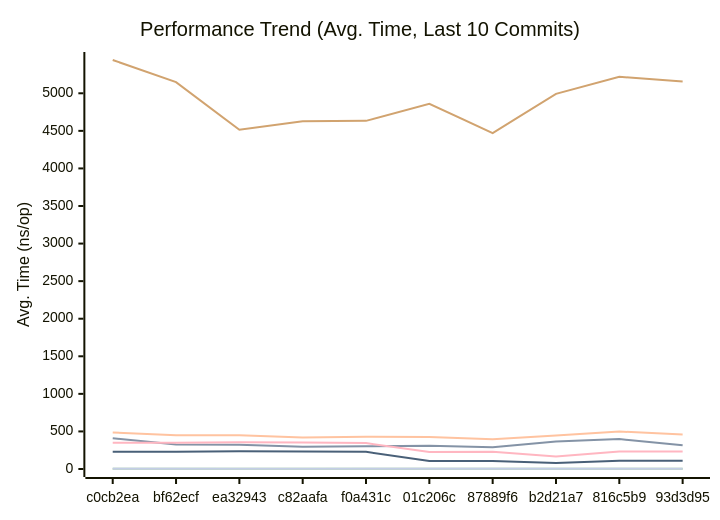
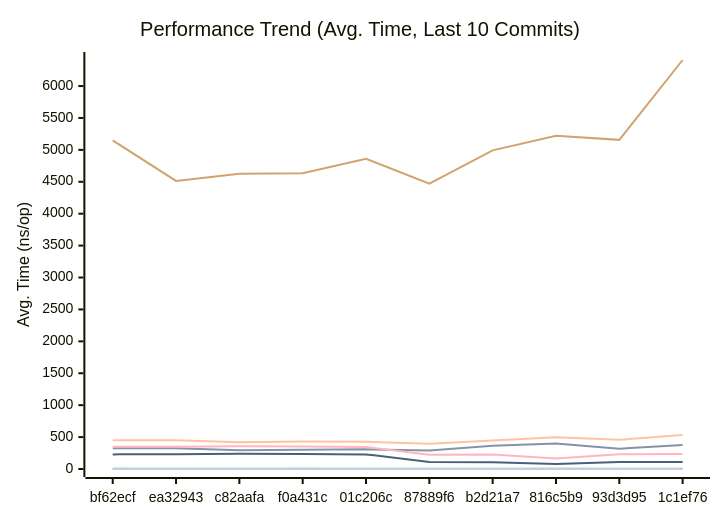
One commit to alsotoes/momo changed the first of 3 diagrams in docs/PERFORMANCE.md. Above: the diagram before and after it, drawn with Mermaid. The commit also changed other lines of this file and 1 other file, not shown here.

Commit message:
chore: re-trigger review - panic safety already present at line 232 (#593)

````diff
--- a/docs/PERFORMANCE.md
+++ b/docs/PERFORMANCE.md
@@ -80,16 +80,16 @@
 ```mermaid
 xychart-beta
     title "Performance Trend (Avg. Time, Last 10 Commits)"
     x-axis "Commit"
     y-axis "Avg. Time (ns/op)"
-    x-axis [c0cb2ea,bf62ecf,ea32943,c82aafa,f0a431c,01c206c,87889f6,b2d21a7,816c5b9,93d3d95]
-    line "CheckMetricsAndSwap" [11,10,8,8,10,9,9,9,11,8]
-    line "CrushOptimized" [408,327,324,295,302,308,289,365,398,317]
-    line "CrushOriginal" [485,449,449,419,429,427,396,445,499,458]
-    line "IndexDirectTracking" [1,0,0,0,0,0,0,0,0,0]
-    line "IndexSearch" [3,2,2,2,2,2,2,2,2,2]
-    line "LoadGlobalConfig" [5443,5148,4514,4627,4633,4860,4471,4992,5220,5157]
+    x-axis [bf62ecf,ea32943,c82aafa,f0a431c,01c206c,87889f6,b2d21a7,816c5b9,93d3d95,1c1ef76]
+    line "CheckMetricsAndSwap" [10,8,8,10,9,9,9,11,8,8]
+    line "CrushOptimized" [327,324,295,302,308,289,365,398,317,376]
+    line "CrushOriginal" [449,449,419,429,427,396,445,499,458,531]
+    line "IndexDirectTracking" [0,0,0,0,0,0,0,0,0,0]
+    line "IndexSearch" [2,2,2,2,2,2,2,2,2,2]
+    line "LoadGlobalConfig" [5148,4514,4627,4633,4860,4471,4992,5220,5157,6408]
     line "PadString" [2,2,2,2,2,2,2,2,2,2]
     line "ParseReplicationOrder_NoPrealloc" [350,349,357,354,345,225,229,165,232,234]
     line "ParseReplicationOrder_Prealloc" [229,231,237,234,229,108,107,80,110,109]
 ```
````
